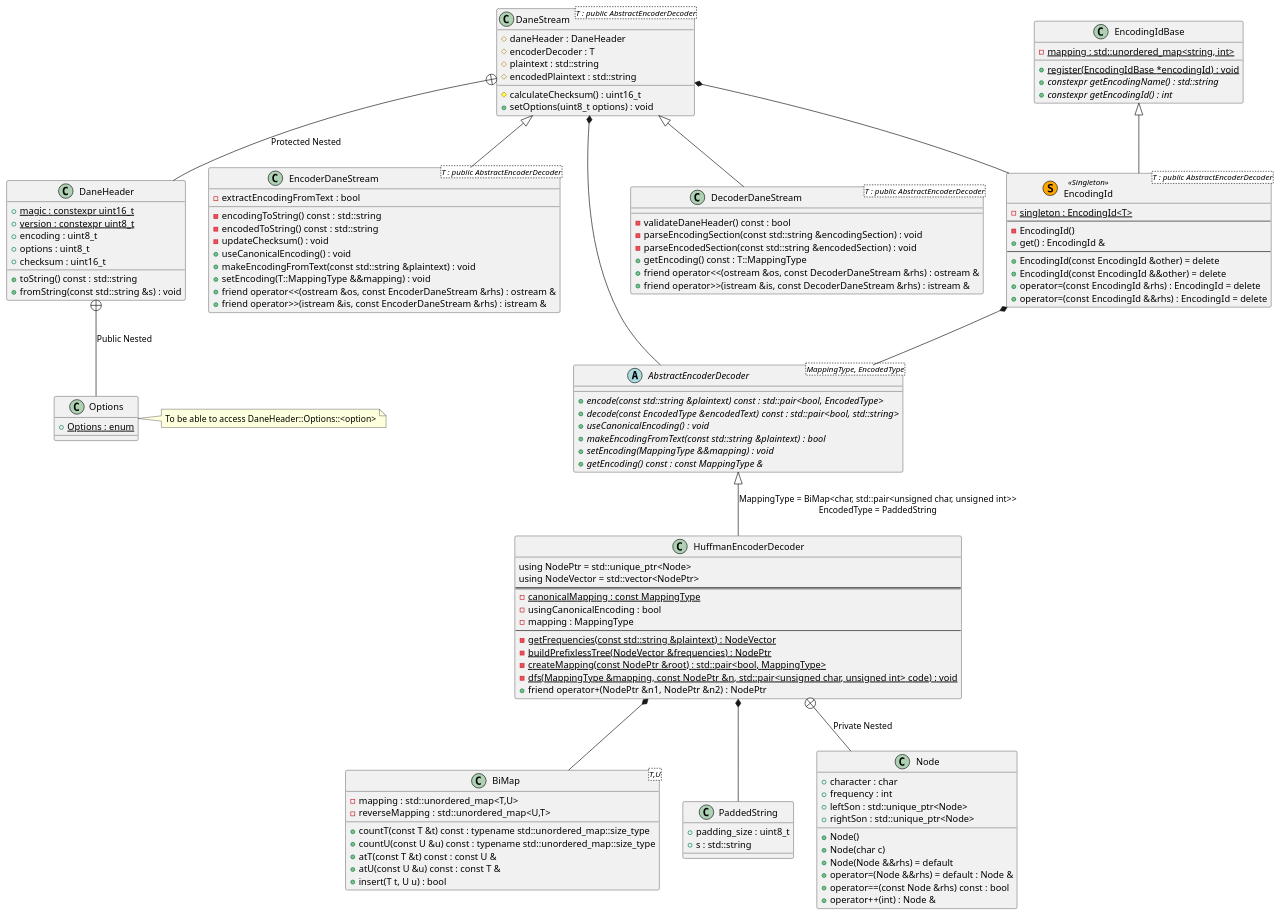
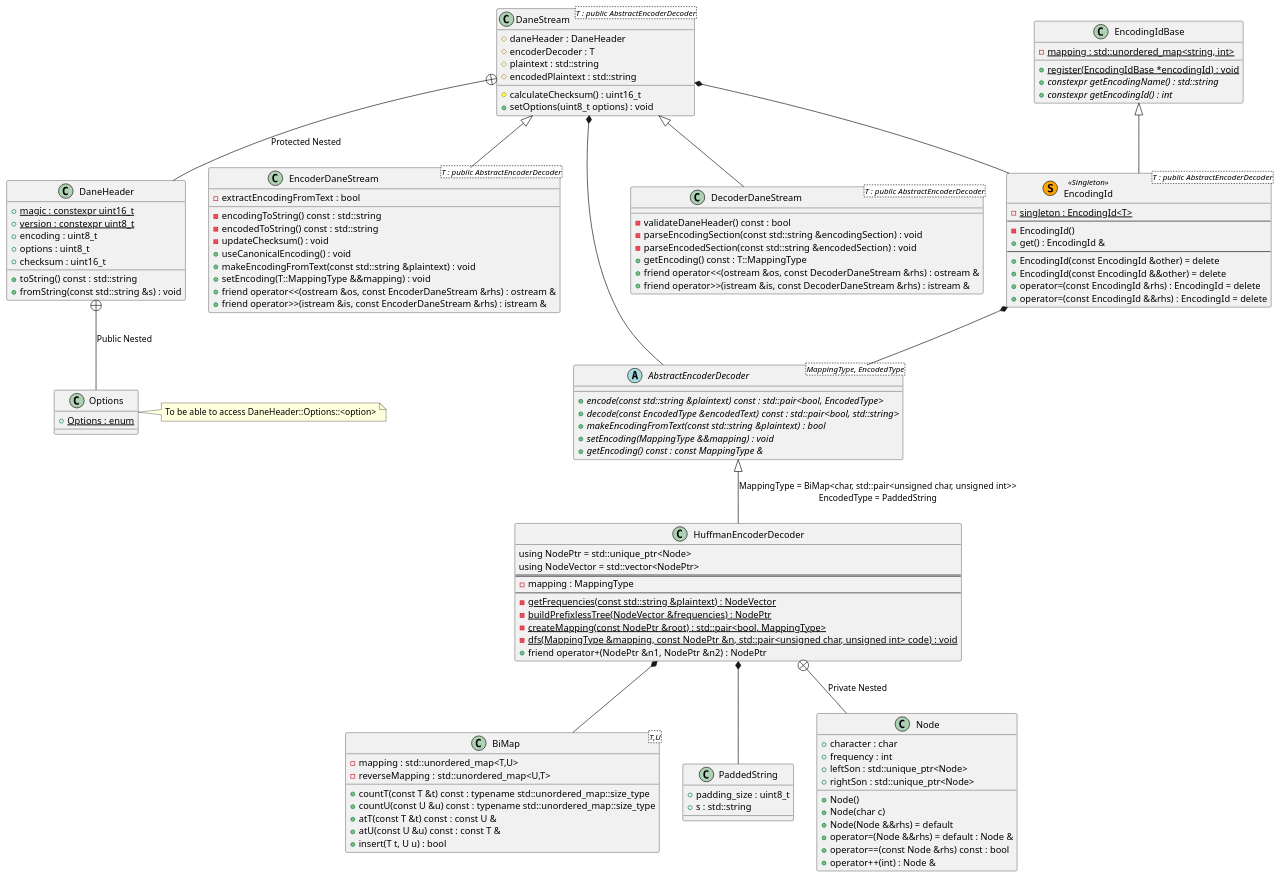
The diagram in docs/design.puml (dan1994/cpp--dane), drawn with PlantUML before and after one commit. The commit also changed 4 other files, not shown here.

Commit message:
Adapted design code to the conceptual merge between useCanonicalEncoding and makeEncodingFromText (see issue discussion for more details)

```diff
--- a/docs/design.puml
+++ b/docs/design.puml
@@ -1,134 +1,131 @@
 @startuml dane
 class BiMap<T,U> {
 	- {field}	mapping : std::unordered_map<T,U>
 	- {field}	reverseMapping : std::unordered_map<U,T>
 	+ {method}	countT(const T &t) const : typename std::unordered_map::size_type
 	+ {method}	countU(const U &u) const : typename std::unordered_map::size_type
 	+ {method}	atT(const T &t) const : const U &
 	+ {method}	atU(const U &u) const : const T &
 	+ {method}	insert(T t, U u) : bool
 }
 
 class PaddedString {
 	+ {field}	padding_size : uint8_t
 	+ {field}	s : std::string
 }
 
 abstract class AbstractEncoderDecoder<MappingType, EncodedType> {
 	+ {method}	{abstract} encode(const std::string &plaintext) const : std::pair<bool, EncodedType>
 	+ {method}	{abstract} decode(const EncodedType &encodedText) const : \
 std::pair<bool, std::string>
-	+ {method}	{abstract} useCanonicalEncoding() : void
 	+ {method}	{abstract} makeEncodingFromText(const std::string &plaintext) : bool
 	+ {method}	{abstract} setEncoding(MappingType &&mapping) : void
 	+ {method}	{abstract} getEncoding() const : const MappingType &
 }
 
 AbstractEncoderDecoder <|-- HuffmanEncoderDecoder : \
 MappingType = BiMap<char, std::pair<unsigned char, unsigned int>>\n\
 EncodedType = PaddedString
 HuffmanEncoderDecoder *-- BiMap
 HuffmanEncoderDecoder *-- PaddedString
 HuffmanEncoderDecoder +-- Node : "Private Nested"
 class HuffmanEncoderDecoder {
 	using NodePtr = std::unique_ptr<Node>
 	using NodeVector = std::vector<NodePtr>
 	==
-	- {field}	{static} canonicalMapping : const MappingType
-	- {field}	usingCanonicalEncoding : bool
 	- {field}	mapping : MappingType
 	--
 	- {method}	{static} getFrequencies(const std::string &plaintext) : NodeVector
 	- {method}	{static} buildPrefixlessTree(NodeVector &frequencies) : NodePtr
 	- {method}	{static} createMapping(const NodePtr &root) : std::pair<bool, MappingType>
 	- {method}	{static} dfs(MappingType &mapping, const NodePtr &n, \
 std::pair<unsigned char, unsigned int> code) : void
 	+ {method}	friend operator+(NodePtr &n1, NodePtr &n2) : NodePtr
 }
 
 class Node {
 	+ {field}	character : char
 	+ {field}	frequency : int
 	+ {field}	leftSon : std::unique_ptr<Node>
 	+ {field}	rightSon : std::unique_ptr<Node>
 	+ {method}	Node()
 	+ {method}	Node(char c)
 	+ {method}	Node(Node &&rhs) = default
 	+ {method}	operator=(Node &&rhs) = default : Node &
 	+ {method}	operator==(const Node &rhs) const : bool
 	+ {method}	operator++(int) : Node &
 }
 
 DaneStream +-- DaneHeader : Protected Nested
 class DaneHeader {
 	+ {field}	{static} magic : constexpr uint16_t
 	+ {field}	{static} version : constexpr uint8_t
 	+ {field}	encoding : uint8_t
 	+ {field}	options : uint8_t
 	+ {field}	checksum : uint16_t
 	+ {method}	toString() const : std::string
 	+ {method}	fromString(const std::string &s) : void
 }
 
 DaneHeader +-- Options : Public Nested
 note right of Options : To be able to access DaneHeader::Options::<option>
 class Options {
 	+ {field}	{static} Options : enum
 }
 
 DaneStream *-- AbstractEncoderDecoder
 DaneStream *-- EncodingId
 class DaneStream<T : public AbstractEncoderDecoder> {
 	# {field}	daneHeader : DaneHeader
 	# {field}	encoderDecoder : T
 	# {field}	plaintext : std::string
 	# {field}	encodedPlaintext : std::string
 	# {method}	calculateChecksum() : uint16_t
 	+ {method}	setOptions(uint8_t options) : void
 }
 
 DaneStream <|-- EncoderDaneStream
 class EncoderDaneStream<T : public AbstractEncoderDecoder> {
 	- {field}	extractEncodingFromText : bool
 	- {method}	encodingToString() const : std::string
 	- {method}	encodedToString() const : std::string
 	- {method}	updateChecksum() : void
 	+ {method}	useCanonicalEncoding() : void
 	+ {method}	makeEncodingFromText(const std::string &plaintext) : void
 	+ {method}	setEncoding(T::MappingType &&mapping) : void
 	+ {method}	friend operator<<(ostream &os, const EncoderDaneStream &rhs) : ostream &
 	+ {method}	friend operator>>(istream &is, const EncoderDaneStream &rhs) : istream &
 }
 
 DaneStream <|-- DecoderDaneStream
 class DecoderDaneStream<T : public AbstractEncoderDecoder> {
 	- {method}	validateDaneHeader() const : bool
 	- {method}	parseEncodingSection(const std::string &encodingSection) : void
 	- {method}	parseEncodedSection(const std::string &encodedSection) : void
 	+ {method}	getEncoding() const : T::MappingType
 	+ {method}	friend operator<<(ostream &os, const DecoderDaneStream &rhs) : ostream &
 	+ {method}	friend operator>>(istream &is, const DecoderDaneStream &rhs) : istream &
 }
 
 class EncodingIdBase {
 	- {field}	{static} mapping : std::unordered_map<string, int>
 	+ {method}	{static} register(EncodingIdBase *encodingId) : void
 	+ {method}	{abstract} constexpr getEncodingName() : std::string
 	+ {method}	{abstract} constexpr getEncodingId() : int
 }
 
 EncodingIdBase <|-- EncodingId
 EncodingId *-- AbstractEncoderDecoder
 class EncodingId<T : public AbstractEncoderDecoder> << (S,Orange) Singleton >> {
 	- {field}	{static} singleton : EncodingId<T>
 	--
 	- {method}	EncodingId()
 	+ {method}	get() : EncodingId &
 	--
 	+ {method}	EncodingId(const EncodingId &other) = delete
 	+ {method}	EncodingId(const EncodingId &&other) = delete
 	+ {method}	operator=(const EncodingId &rhs) : EncodingId = delete
 	+ {method}	operator=(const EncodingId &&rhs) : EncodingId = delete
 }
 
 @enduml
```
